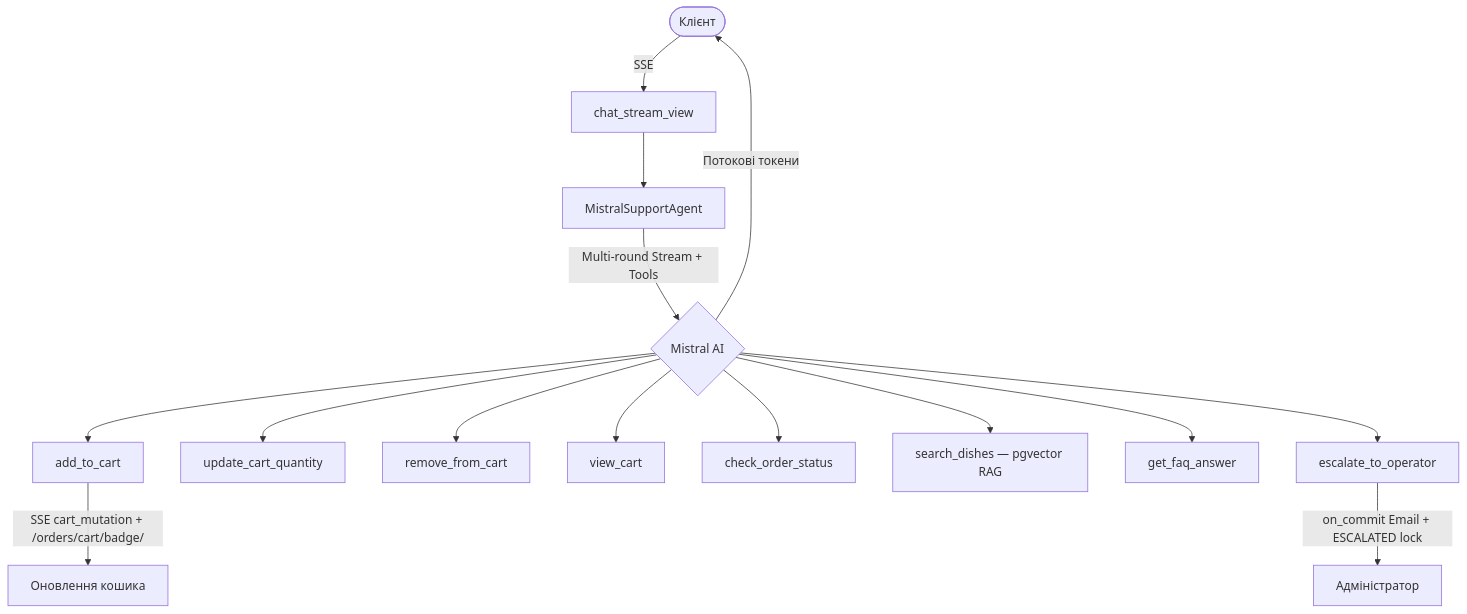
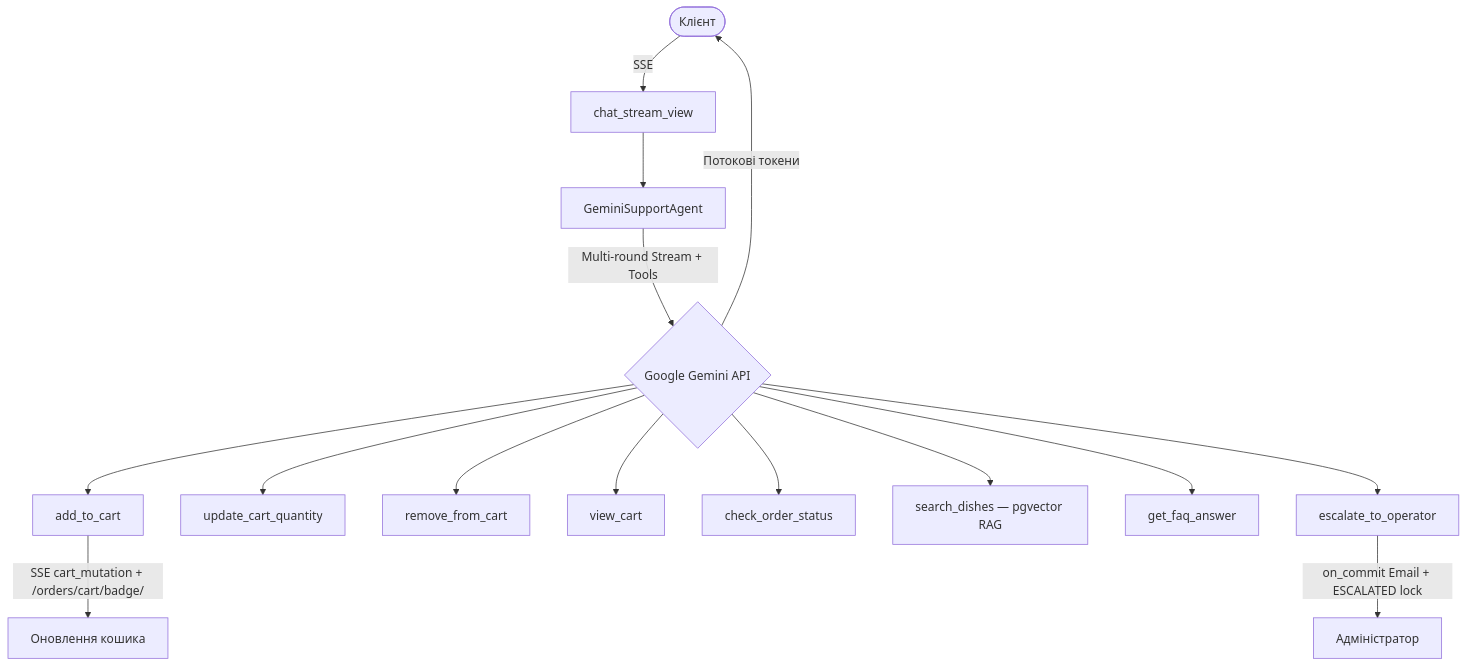
Before and after one commit to iDeash123/DoubleBite: the diagram in README.md, drawn with Mermaid. The commit also changed other lines of this file and 21 other files, not shown here.

Commit message:
refactor(support): migrate AI agent and RAG embeddings from Mistral to Gemini API

````diff
--- a/README.md
+++ b/README.md
@@ -148,19 +148,19 @@
 ```mermaid
 flowchart TD
     User([Клієнт]) -->|SSE| StreamView[chat_stream_view]
-    StreamView --> Agent[MistralSupportAgent]
-    Agent -->|Multi-round Stream + Tools| LLM{Mistral AI}
+    StreamView --> Agent[GeminiSupportAgent]
+    Agent -->|Multi-round Stream + Tools| LLM{Google Gemini API}
 
     LLM --> add_to_cart[add_to_cart]
     LLM --> update_cart[update_cart_quantity]
     LLM --> remove_cart[remove_from_cart]
     LLM --> view_cart[view_cart]
     LLM --> check_status[check_order_status]
     LLM --> search[search_dishes — pgvector RAG]
     LLM --> faq[get_faq_answer]
     LLM --> escalate[escalate_to_operator]
 
     add_to_cart -->|SSE cart_mutation + /orders/cart/badge/| UI[Оновлення кошика]
     escalate -->|on_commit Email + ESCALATED lock| Admin[Адміністратор]
     LLM -->|Потокові токени| User
 ```
````
